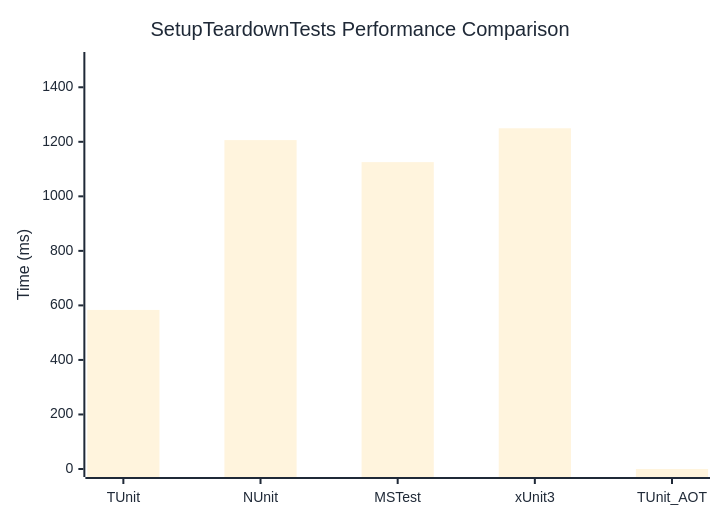
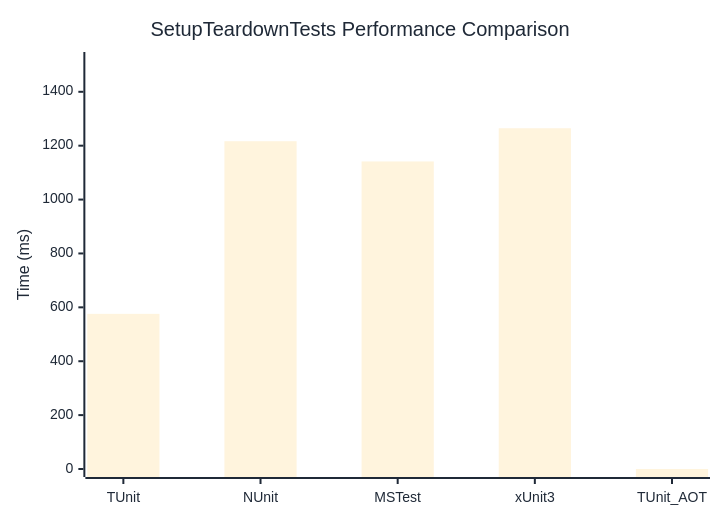
The diagram in docs/docs/benchmarks/SetupTeardownTests.md (thomhurst/TUnit), drawn with Mermaid before and after one commit. The commit also changed other lines of this file and 17 other files, not shown here.

````diff
--- a/docs/docs/benchmarks/SetupTeardownTests.md
+++ b/docs/docs/benchmarks/SetupTeardownTests.md
@@ -27,37 +27,37 @@
 ```mermaid
 %%{init: {
   'theme':'base',
   'themeVariables': {
     'primaryColor': '#2563eb',
     'primaryTextColor': '#1f2937',
     'primaryBorderColor': '#1e40af',
     'lineColor': '#6b7280',
     'secondaryColor': '#7c3aed',
     'tertiaryColor': '#dc2626',
     'background': '#ffffff',
     'mainBkg': '#2563eb',
     'secondBkg': '#7c3aed',
     'tertiaryBkg': '#dc2626',
     'clusterBkg': '#f3f4f6',
     'edgeLabelBackground': '#ffffff',
     'tertiaryTextColor': '#1f2937',
     'pie1': '#2563eb',
     'pie2': '#7c3aed',
     'pie3': '#dc2626',
     'pie4': '#f59e0b',
     'pie5': '#10b981',
     'pie6': '#06b6d4',
     'pie7': '#ec4899',
     'pie8': '#6366f1',
     'pie9': '#84cc16',
     'pie10': '#f97316',
     'pie11': '#14b8a6',
     'pie12': '#a855f7'
   }
 }}%%
 xychart-beta
   title "SetupTeardownTests Performance Comparison"
   x-axis ["TUnit", "NUnit", "MSTest", "xUnit3", "TUnit_AOT"]
-  y-axis "Time (ms)" 0 --> 1500
-  bar [583.4, 1206.2, 1125.4, 1249.6, 0]
+  y-axis "Time (ms)" 0 --> 1518
+  bar [575.8, 1216.6, 1141.5, 1264.7, 0]
 ```
````
